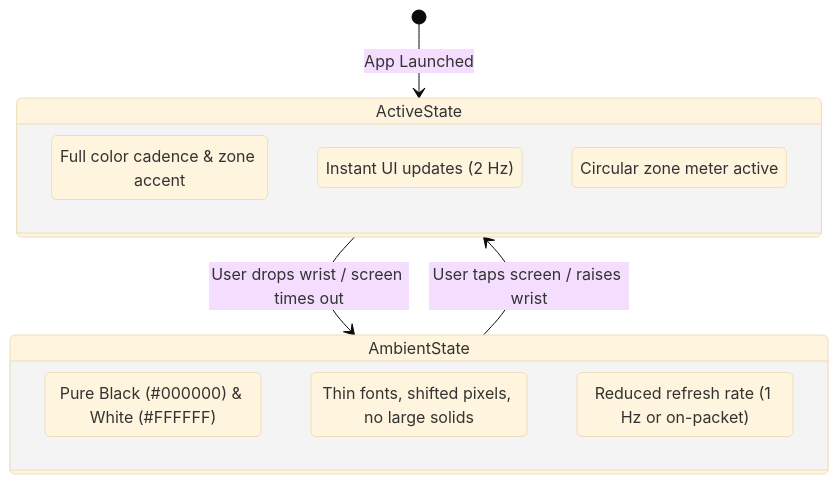
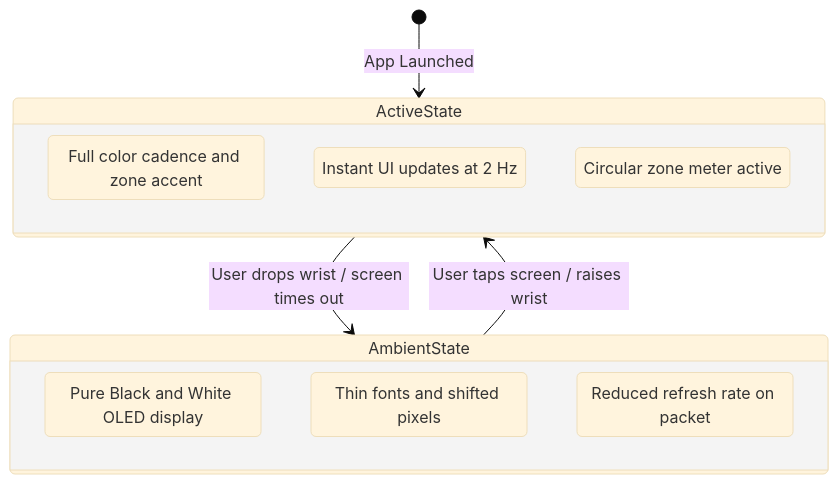
Before and after one commit to deepeshgodara/legbeat: the third of 3 diagrams in docs/wearos/HLD.md, drawn with Mermaid (base theme). The commit also changed other lines of this file and 1 other file, not shown here.

Commit message:
docs: fix Mermaid diagram syntax and markdown rendering in Android and Wear OS HLDs

````diff
--- a/docs/wearos/HLD.md
+++ b/docs/wearos/HLD.md
@@ -89,19 +89,19 @@
 ```mermaid
 stateDiagram-v2
     [*] --> ActiveState: App Launched
 
     state ActiveState {
-        HighContrastColor: Full color cadence & zone accent
-        HighRefresh: Instant UI updates (2 Hz)
+        ActiveMode: Full color cadence and zone accent
+        HighRefresh: Instant UI updates at 2 Hz
         FullGraphics: Circular zone meter active
     }
 
     state AmbientState {
-        Monochrome: Pure Black (#000000) & White (#FFFFFF)
-        BurnInProtection: Thin fonts, shifted pixels, no large solids
-        LowPower: Reduced refresh rate (1 Hz or on-packet)
+        Monochrome: Pure Black and White OLED display
+        BurnInProtection: Thin fonts and shifted pixels
+        LowPower: Reduced refresh rate on packet
     }
 
     ActiveState --> AmbientState: User drops wrist / screen times out
     AmbientState --> ActiveState: User taps screen / raises wrist
 ```
````
